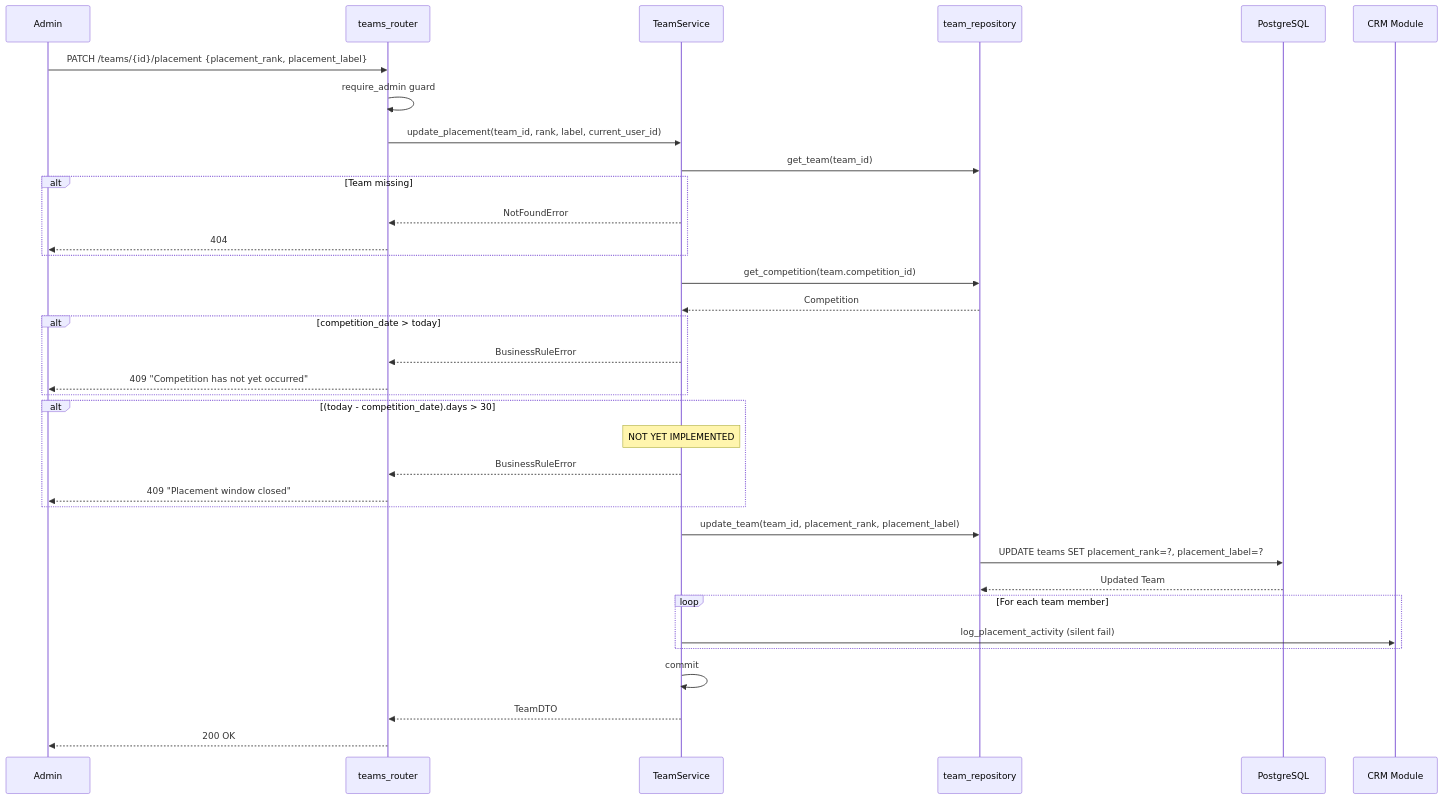
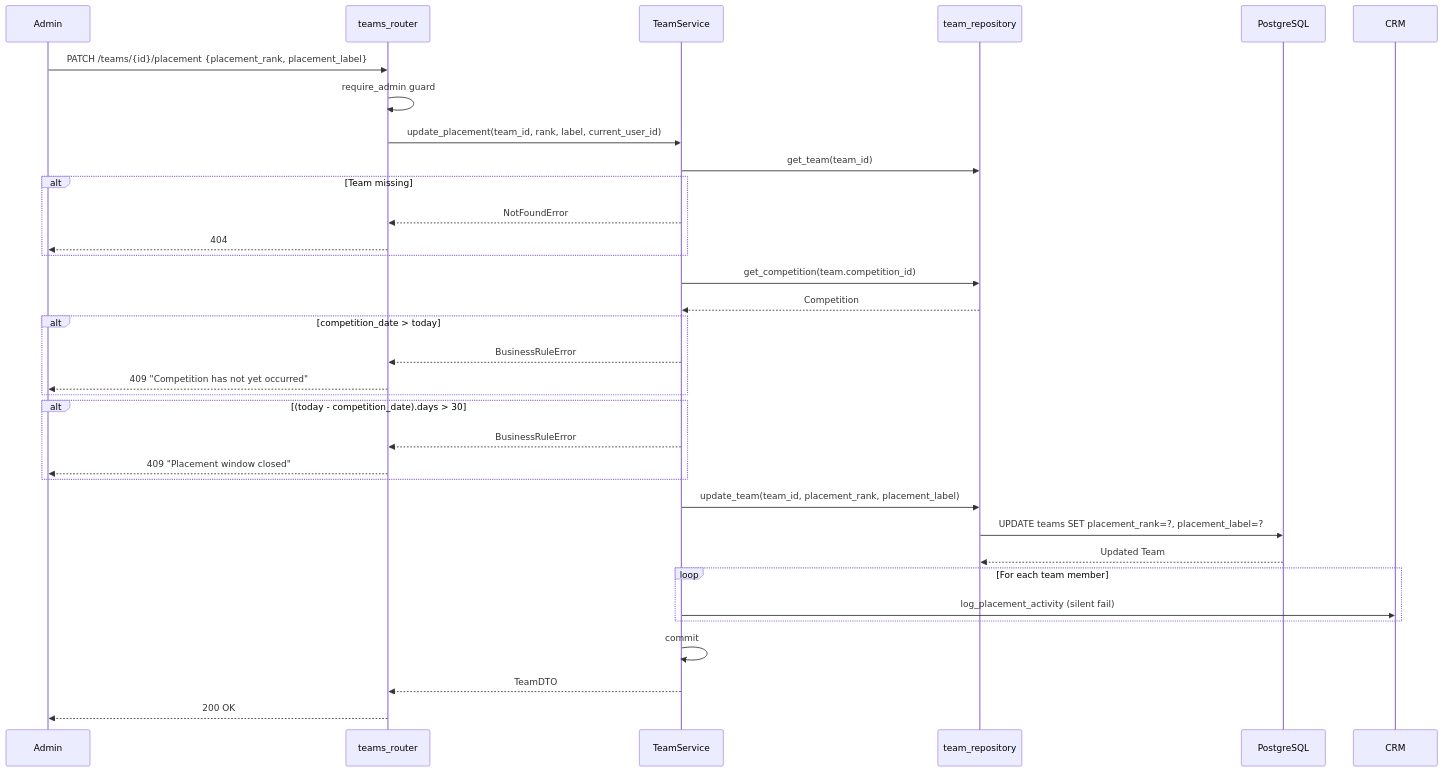
One commit to ibrhmahmd/techno-terminal changed the sixth of 8 diagrams in specs/010-competition-feature-enhancements/audit-report.md. Above: the diagram before and after it, drawn with Mermaid. The commit also changed other lines of this file and 27 other files, not shown here.

````diff
--- a/specs/010-competition-feature-enhancements/audit-report.md
+++ b/specs/010-competition-feature-enhancements/audit-report.md
@@ -309,45 +284,43 @@
 ```mermaid
 sequenceDiagram
     participant Admin
     participant Router as teams_router
     participant Svc as TeamService
     participant Repo as team_repository
     participant DB as PostgreSQL
-    participant CRM as CRM Module
 
     Admin->>Router: PATCH /teams/{id}/placement {placement_rank, placement_label}
     Router->>Router: require_admin guard
     Router->>Svc: update_placement(team_id, rank, label, current_user_id)
 
     Svc->>Repo: get_team(team_id)
     alt Team missing
         Svc-->>Router: NotFoundError
         Router-->>Admin: 404
     end
 
     Svc->>Repo: get_competition(team.competition_id)
     Repo-->>Svc: Competition
 
     alt competition_date > today
         Svc-->>Router: BusinessRuleError
         Router-->>Admin: 409 "Competition has not yet occurred"
     end
 
     alt (today - competition_date).days > 30
-        Note over Svc: NOT YET IMPLEMENTED
         Svc-->>Router: BusinessRuleError
         Router-->>Admin: 409 "Placement window closed"
     end
 
     Svc->>Repo: update_team(team_id, placement_rank, placement_label)
     Repo->>DB: UPDATE teams SET placement_rank=?, placement_label=?
     DB-->>Repo: Updated Team
 
     loop For each team member
         Svc->>CRM: log_placement_activity (silent fail)
     end
 
     Svc->>Svc: commit
     Svc-->>Router: TeamDTO
     Router-->>Admin: 200 OK
 ```
````
